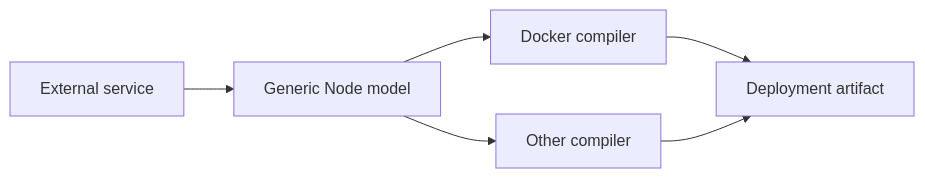
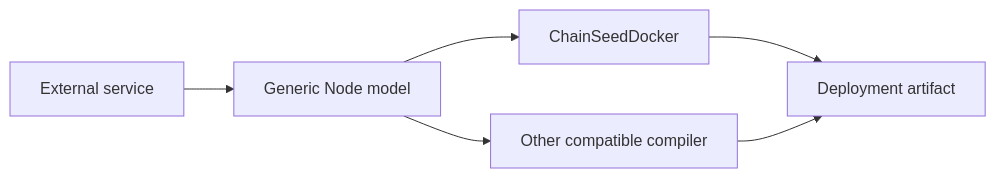
The third of 3 diagrams in docs/design/seedemu-integration.md (cy-gitlab/chain-seed), drawn with Mermaid before and after one commit. The commit also changed other lines of this file and 47 other files, not shown here.

Commit message:
feat: add ChainSeed Docker compiler

````diff
--- a/docs/design/seedemu-integration.md
+++ b/docs/design/seedemu-integration.md
@@ -194,14 +191,14 @@
 ```mermaid
 flowchart LR
     Service["External service"]
     Model["Generic Node model"]
-    Docker["Docker compiler"]
-    Other["Other compiler"]
+    ChainDocker["ChainSeedDocker"]
+    Other["Other compatible compiler"]
     Output["Deployment artifact"]
 
     Service --> Model
-    Model --> Docker
+    Model --> ChainDocker
     Model --> Other
-    Docker --> Output
+    ChainDocker --> Output
     Other --> Output
 ```
````
